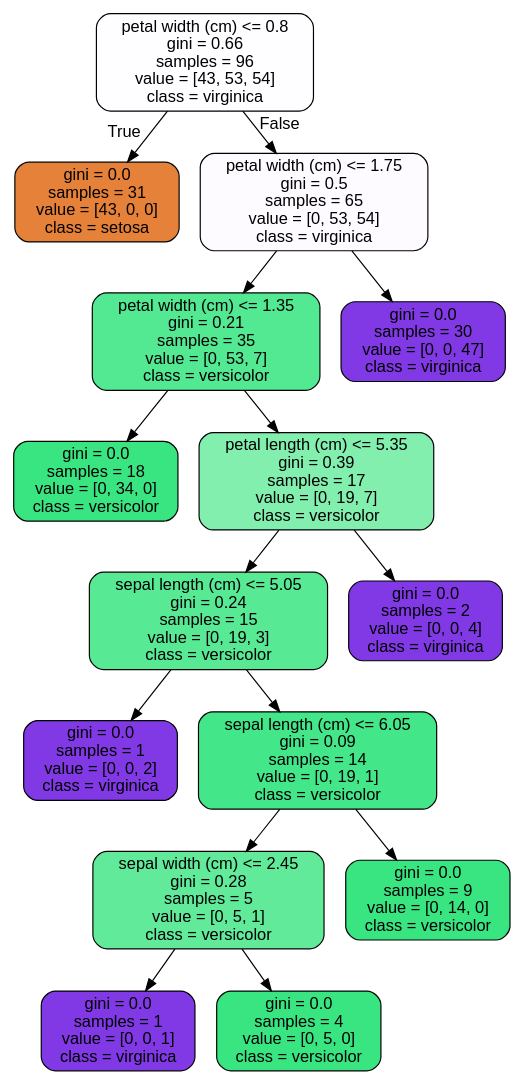
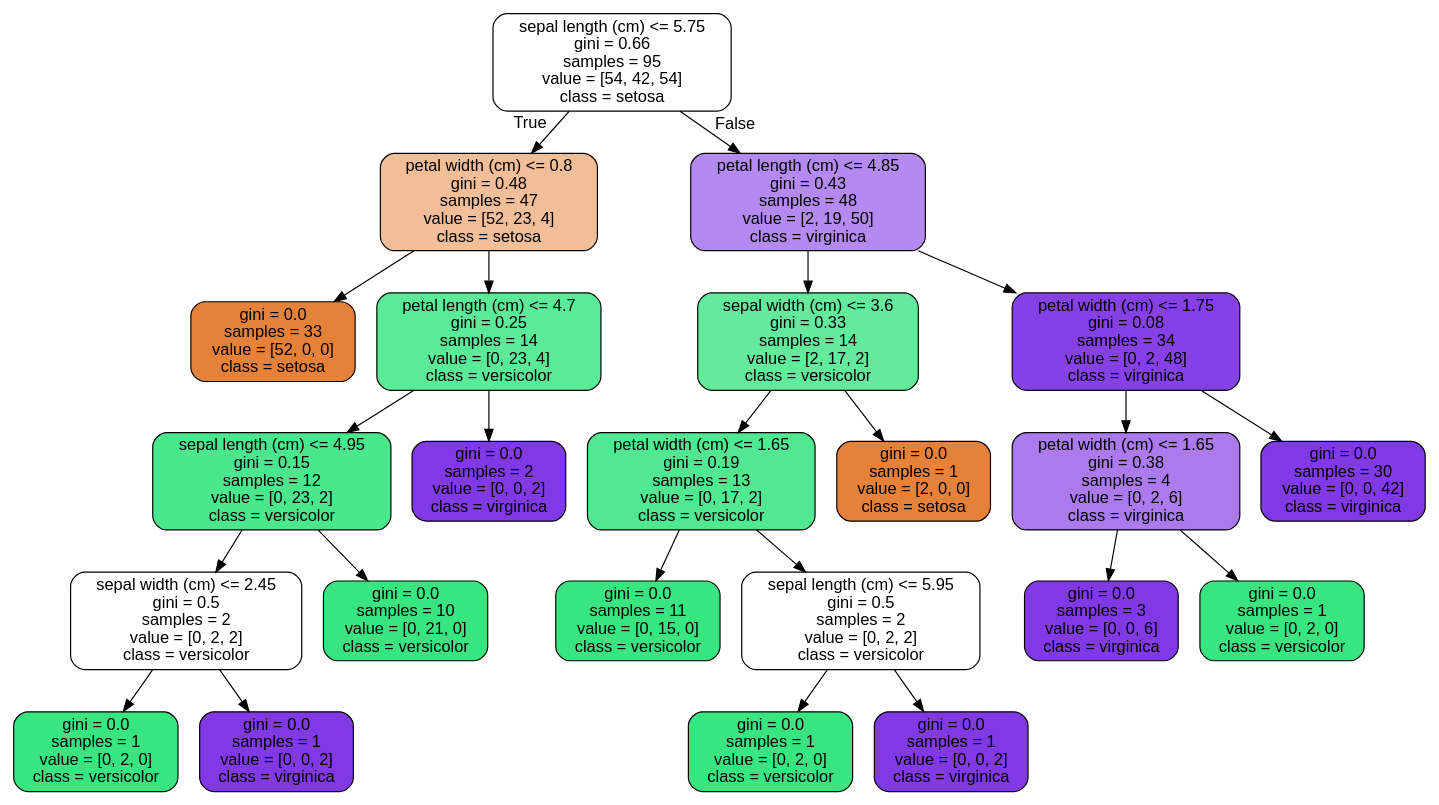
One commit to minglwu427/springboard_MW changed the diagram in Unit_14_Supervised_Learning/RandomForest Covid Case Study/tree.dot. Above: the diagram before and after it, drawn with Graphviz. The commit also changed 21 other files, not shown here.

```diff
--- a/Unit_14_Supervised_Learning/RandomForest Covid Case Study/tree.dot
+++ b/Unit_14_Supervised_Learning/RandomForest Covid Case Study/tree.dot
@@ -1,33 +1,49 @@
 digraph Tree {
 node [shape=box, style="filled, rounded", color="black", fontname=helvetica] ;
 edge [fontname=helvetica] ;
-0 [label="petal width (cm) <= 0.8\ngini = 0.66\nsamples = 96\nvalue = [43, 53, 54]\nclass = virginica", fillcolor="#fefdff"] ;
-1 [label="gini = 0.0\nsamples = 31\nvalue = [43, 0, 0]\nclass = setosa", fillcolor="#e58139"] ;
+0 [label="sepal length (cm) <= 5.75\ngini = 0.66\nsamples = 95\nvalue = [54, 42, 54]\nclass = setosa", fillcolor="#ffffff"] ;
+1 [label="petal width (cm) <= 0.8\ngini = 0.48\nsamples = 47\nvalue = [52, 23, 4]\nclass = setosa", fillcolor="#f2be98"] ;
 0 -> 1 [labeldistance=2.5, labelangle=45, headlabel="True"] ;
-2 [label="petal width (cm) <= 1.75\ngini = 0.5\nsamples = 65\nvalue = [0, 53, 54]\nclass = virginica", fillcolor="#fdfbff"] ;
-0 -> 2 [labeldistance=2.5, labelangle=-45, headlabel="False"] ;
-3 [label="petal width (cm) <= 1.35\ngini = 0.21\nsamples = 35\nvalue = [0, 53, 7]\nclass = versicolor", fillcolor="#53e892"] ;
-2 -> 3 ;
-4 [label="gini = 0.0\nsamples = 18\nvalue = [0, 34, 0]\nclass = versicolor", fillcolor="#39e581"] ;
+2 [label="gini = 0.0\nsamples = 33\nvalue = [52, 0, 0]\nclass = setosa", fillcolor="#e58139"] ;
+1 -> 2 ;
+3 [label="petal length (cm) <= 4.7\ngini = 0.25\nsamples = 14\nvalue = [0, 23, 4]\nclass = versicolor", fillcolor="#5bea97"] ;
+1 -> 3 ;
+4 [label="sepal length (cm) <= 4.95\ngini = 0.15\nsamples = 12\nvalue = [0, 23, 2]\nclass = versicolor", fillcolor="#4ae78c"] ;
 3 -> 4 ;
-5 [label="petal length (cm) <= 5.35\ngini = 0.39\nsamples = 17\nvalue = [0, 19, 7]\nclass = versicolor", fillcolor="#82efaf"] ;
-3 -> 5 ;
-6 [label="sepal length (cm) <= 5.05\ngini = 0.24\nsamples = 15\nvalue = [0, 19, 3]\nclass = versicolor", fillcolor="#58e995"] ;
+5 [label="sepal width (cm) <= 2.45\ngini = 0.5\nsamples = 2\nvalue = [0, 2, 2]\nclass = versicolor", fillcolor="#ffffff"] ;
+4 -> 5 ;
+6 [label="gini = 0.0\nsamples = 1\nvalue = [0, 2, 0]\nclass = versicolor", fillcolor="#39e581"] ;
 5 -> 6 ;
 7 [label="gini = 0.0\nsamples = 1\nvalue = [0, 0, 2]\nclass = virginica", fillcolor="#8139e5"] ;
-6 -> 7 ;
-8 [label="sepal length (cm) <= 6.05\ngini = 0.09\nsamples = 14\nvalue = [0, 19, 1]\nclass = versicolor", fillcolor="#43e688"] ;
-6 -> 8 ;
-9 [label="sepal width (cm) <= 2.45\ngini = 0.28\nsamples = 5\nvalue = [0, 5, 1]\nclass = versicolor", fillcolor="#61ea9a"] ;
-8 -> 9 ;
-10 [label="gini = 0.0\nsamples = 1\nvalue = [0, 0, 1]\nclass = virginica", fillcolor="#8139e5"] ;
-9 -> 10 ;
-11 [label="gini = 0.0\nsamples = 4\nvalue = [0, 5, 0]\nclass = versicolor", fillcolor="#39e581"] ;
-9 -> 11 ;
-12 [label="gini = 0.0\nsamples = 9\nvalue = [0, 14, 0]\nclass = versicolor", fillcolor="#39e581"] ;
-8 -> 12 ;
-13 [label="gini = 0.0\nsamples = 2\nvalue = [0, 0, 4]\nclass = virginica", fillcolor="#8139e5"] ;
-5 -> 13 ;
-14 [label="gini = 0.0\nsamples = 30\nvalue = [0, 0, 47]\nclass = virginica", fillcolor="#8139e5"] ;
-2 -> 14 ;
+5 -> 7 ;
+8 [label="gini = 0.0\nsamples = 10\nvalue = [0, 21, 0]\nclass = versicolor", fillcolor="#39e581"] ;
+4 -> 8 ;
+9 [label="gini = 0.0\nsamples = 2\nvalue = [0, 0, 2]\nclass = virginica", fillcolor="#8139e5"] ;
+3 -> 9 ;
+10 [label="petal length (cm) <= 4.85\ngini = 0.43\nsamples = 48\nvalue = [2, 19, 50]\nclass = virginica", fillcolor="#b489f0"] ;
+0 -> 10 [labeldistance=2.5, labelangle=-45, headlabel="False"] ;
+11 [label="sepal width (cm) <= 3.6\ngini = 0.33\nsamples = 14\nvalue = [2, 17, 2]\nclass = versicolor", fillcolor="#63ea9c"] ;
+10 -> 11 ;
+12 [label="petal width (cm) <= 1.65\ngini = 0.19\nsamples = 13\nvalue = [0, 17, 2]\nclass = versicolor", fillcolor="#50e890"] ;
+11 -> 12 ;
+13 [label="gini = 0.0\nsamples = 11\nvalue = [0, 15, 0]\nclass = versicolor", fillcolor="#39e581"] ;
+12 -> 13 ;
+14 [label="sepal length (cm) <= 5.95\ngini = 0.5\nsamples = 2\nvalue = [0, 2, 2]\nclass = versicolor", fillcolor="#ffffff"] ;
+12 -> 14 ;
+15 [label="gini = 0.0\nsamples = 1\nvalue = [0, 2, 0]\nclass = versicolor", fillcolor="#39e581"] ;
+14 -> 15 ;
+16 [label="gini = 0.0\nsamples = 1\nvalue = [0, 0, 2]\nclass = virginica", fillcolor="#8139e5"] ;
+14 -> 16 ;
+17 [label="gini = 0.0\nsamples = 1\nvalue = [2, 0, 0]\nclass = setosa", fillcolor="#e58139"] ;
+11 -> 17 ;
+18 [label="petal width (cm) <= 1.75\ngini = 0.08\nsamples = 34\nvalue = [0, 2, 48]\nclass = virginica", fillcolor="#8641e6"] ;
+10 -> 18 ;
+19 [label="petal width (cm) <= 1.65\ngini = 0.38\nsamples = 4\nvalue = [0, 2, 6]\nclass = virginica", fillcolor="#ab7bee"] ;
+18 -> 19 ;
+20 [label="gini = 0.0\nsamples = 3\nvalue = [0, 0, 6]\nclass = virginica", fillcolor="#8139e5"] ;
+19 -> 20 ;
+21 [label="gini = 0.0\nsamples = 1\nvalue = [0, 2, 0]\nclass = versicolor", fillcolor="#39e581"] ;
+19 -> 21 ;
+22 [label="gini = 0.0\nsamples = 30\nvalue = [0, 0, 42]\nclass = virginica", fillcolor="#8139e5"] ;
+18 -> 22 ;
 }
```
